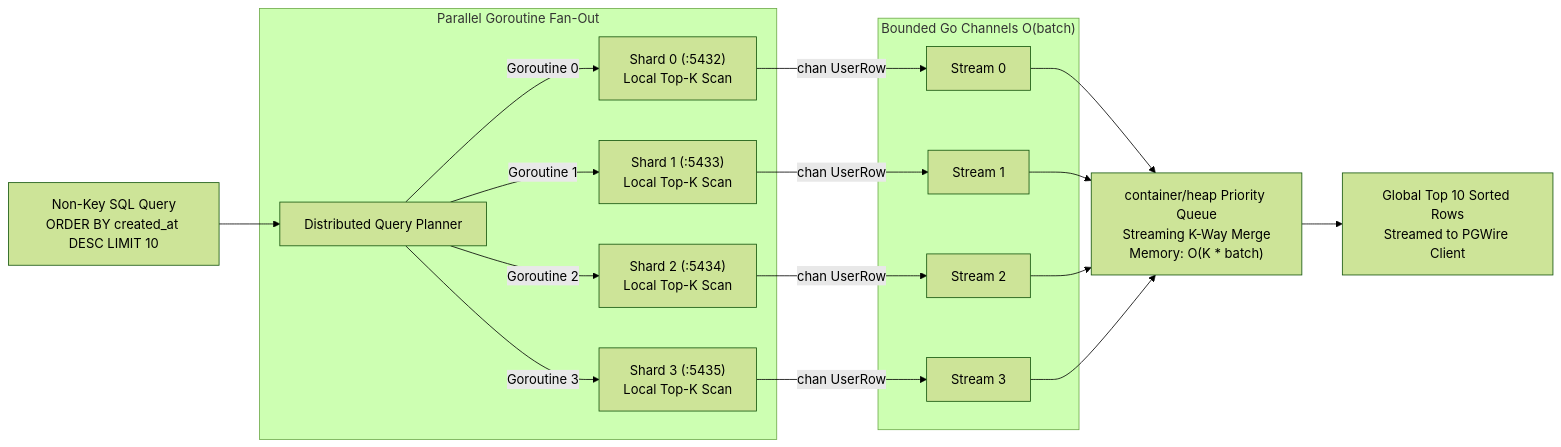
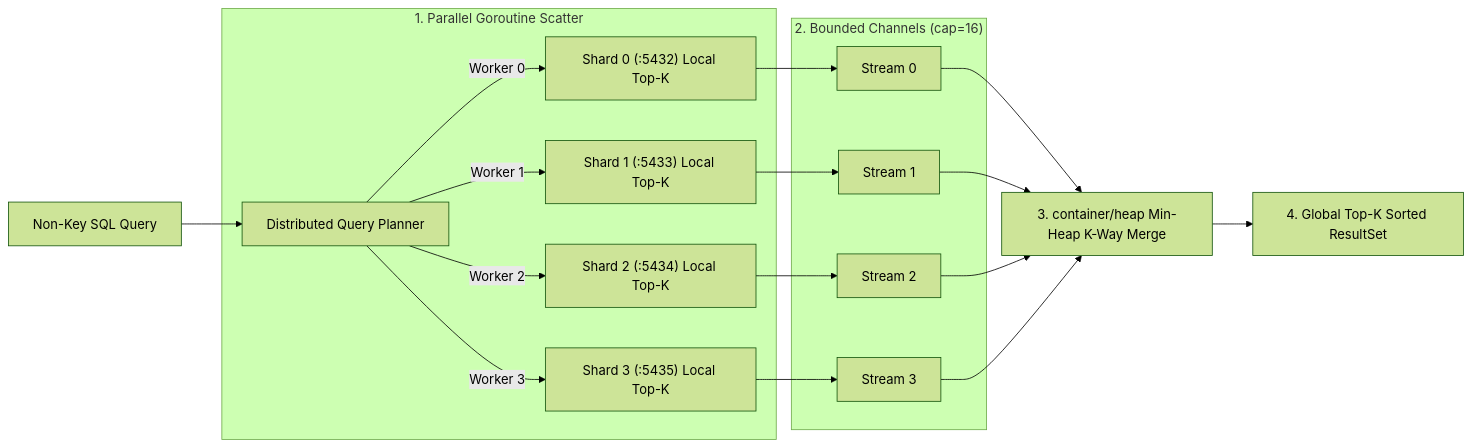
The third of 5 diagrams in README.md (UnityNimit/shardmaster), drawn with Mermaid (forest theme) before and after one commit. The commit also changed other lines of this file and 1 other file, not shown here.

Commit message:
Fix GitHub Mermaid diagram and KaTeX math rendering in README.md and update SQL engine docs

````diff
--- a/README.md
+++ b/README.md
@@ -116,21 +132,24 @@
 ```mermaid
 flowchart LR
-    Query["Non-Key SQL Query\nORDER BY created_at DESC LIMIT 10"] --> Planner["Distributed Query Planner"]
+    Query["Non-Key SQL Query"] --> Planner["Distributed Query Planner"]
 
-    subgraph FanOut["Parallel Goroutine Fan-Out"]
-        Planner -->|Goroutine 0| S0["Shard 0 (:5432)\nLocal Top-K Scan"]
-        Planner -->|Goroutine 1| S1["Shard 1 (:5433)\nLocal Top-K Scan"]
-        Planner -->|Goroutine 2| S2["Shard 2 (:5434)\nLocal Top-K Scan"]
-        Planner -->|Goroutine 3| S3["Shard 3 (:5435)\nLocal Top-K Scan"]
+    subgraph FanOut["1. Parallel Goroutine Scatter"]
+        Planner -->|"Worker 0"| S0["Shard 0 (:5432) Local Top-K"]
+        Planner -->|"Worker 1"| S1["Shard 1 (:5433) Local Top-K"]
+        Planner -->|"Worker 2"| S2["Shard 2 (:5434) Local Top-K"]
+        Planner -->|"Worker 3"| S3["Shard 3 (:5435) Local Top-K"]
     end
 
-    subgraph Channels["Bounded Go Channels O(batch)"]
-        S0 -->|chan UserRow| C0["Stream 0"]
-        S1 -->|chan UserRow| C1["Stream 1"]
-        S2 -->|chan UserRow| C2["Stream 2"]
-        S3 -->|chan UserRow| C3["Stream 3"]
+    subgraph Channels["2. Bounded Channels (cap=16)"]
+        S0 --> C0["Stream 0"]
+        S1 --> C1["Stream 1"]
+        S2 --> C2["Stream 2"]
+        S3 --> C3["Stream 3"]
     end
 
-    C0 & C1 & C2 & C3 --> Heap["container/heap Priority Queue\nStreaming K-Way Merge\nMemory: O(K * batch)"]
-    Heap --> Result["Global Top 10 Sorted Rows\nStreamed to PGWire Client"]
+    C0 --> Heap["3. container/heap Min-Heap K-Way Merge"]
+    C1 --> Heap
+    C2 --> Heap
+    C3 --> Heap
+    Heap --> Result["4. Global Top-K Sorted ResultSet"]
 ```
````
